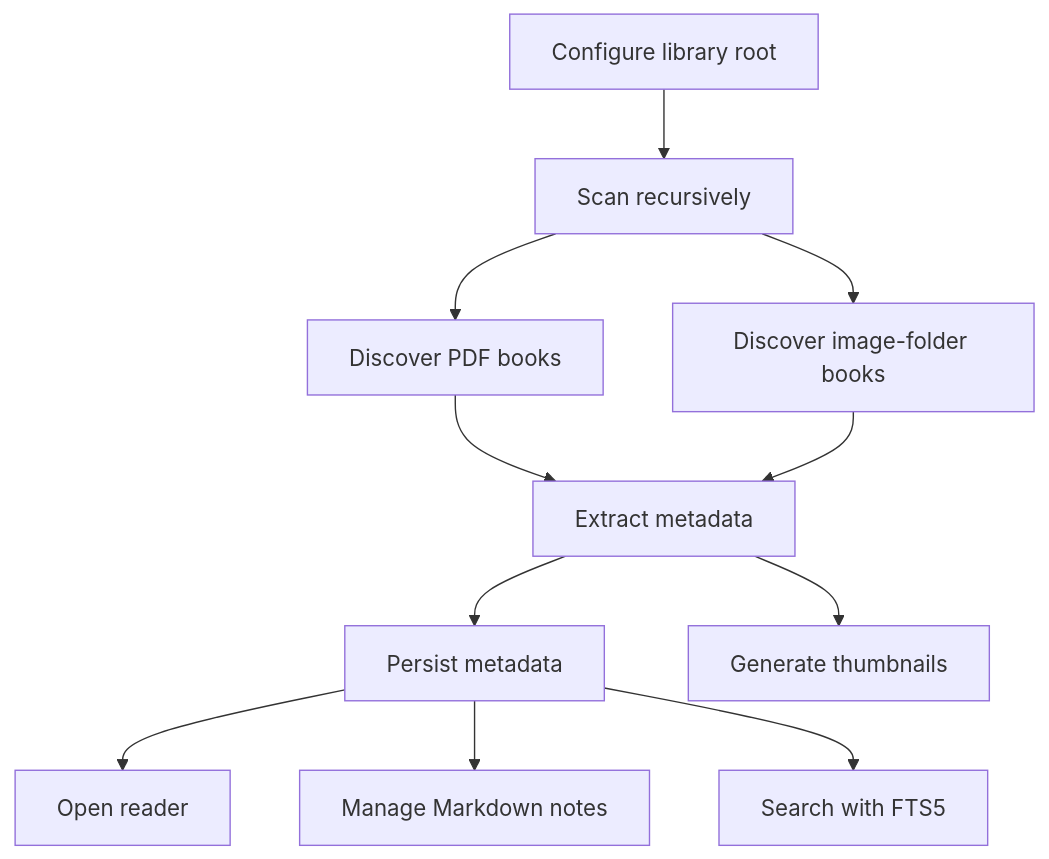
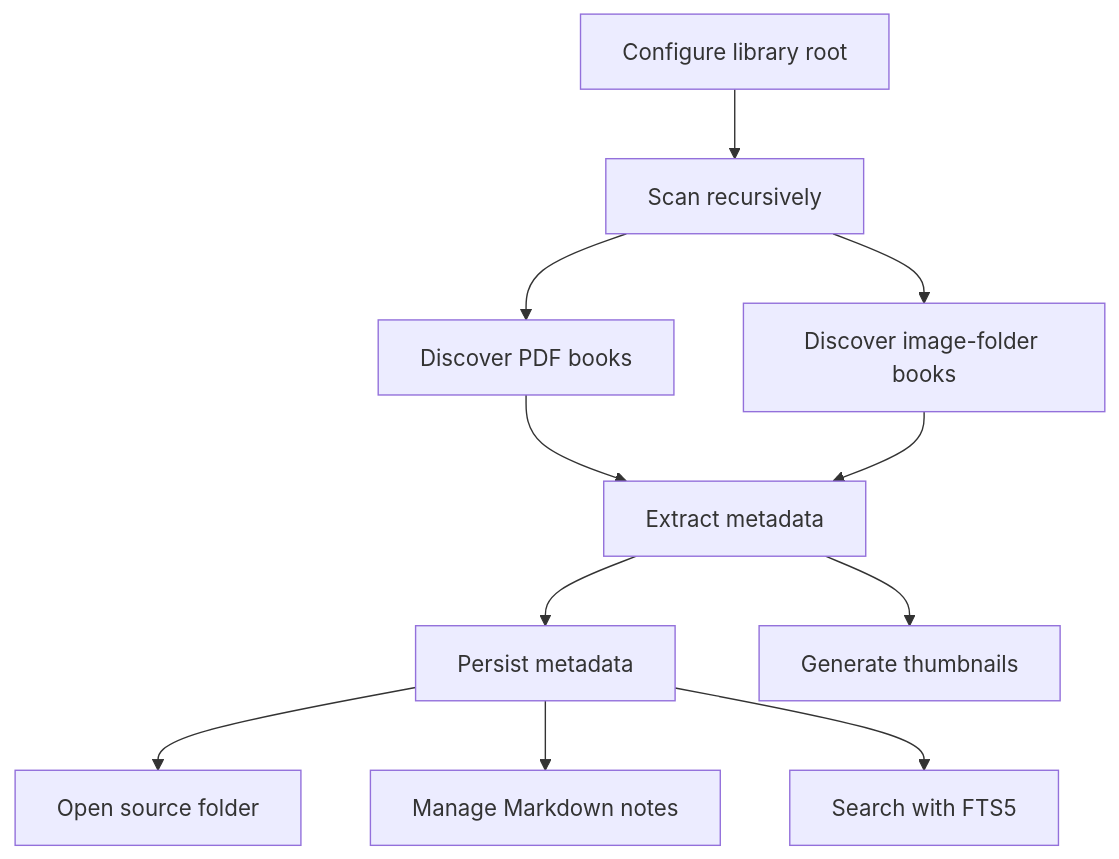
Before and after one commit to vuthanhdat/book-library: the diagram in docs/01-product/requirements.md, drawn with Mermaid. The commit also changed other lines of this file and 24 other files, not shown here.

````diff
--- a/docs/01-product/requirements.md
+++ b/docs/01-product/requirements.md
@@ -50,13 +57,13 @@
 ```mermaid
 flowchart TD
     Configure["Configure library root"] --> Scan["Scan recursively"]
     Scan --> DiscoverPDF["Discover PDF books"]
     Scan --> DiscoverImages["Discover image-folder books"]
     DiscoverPDF --> Metadata["Extract metadata"]
     DiscoverImages --> Metadata
     Metadata --> SQLite["Persist metadata"]
     Metadata --> Thumbnail["Generate thumbnails"]
-    SQLite --> Read["Open reader"]
+    SQLite --> Open["Open source folder"]
     SQLite --> Notes["Manage Markdown notes"]
     SQLite --> Search["Search with FTS5"]
 ```
````
